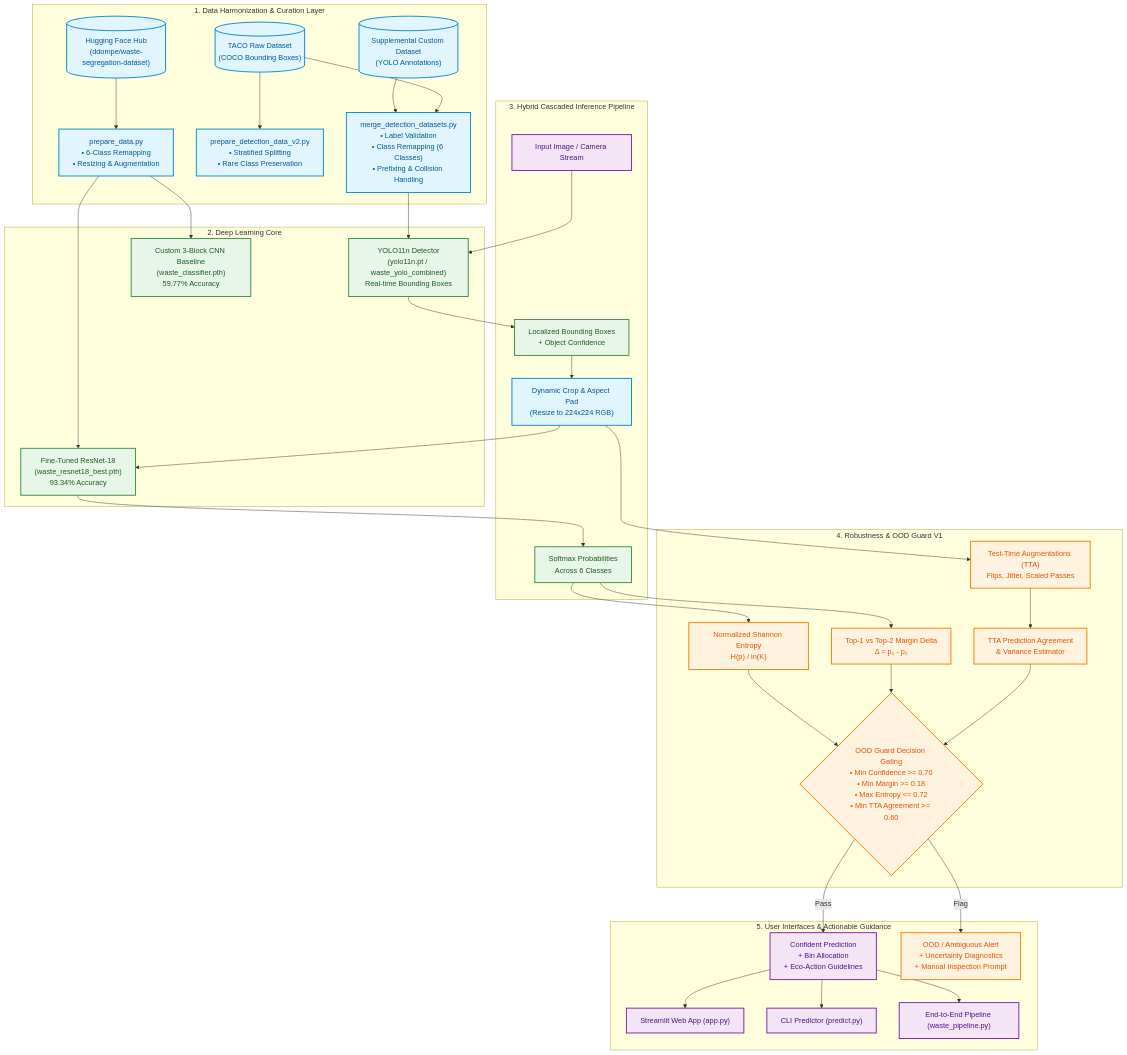
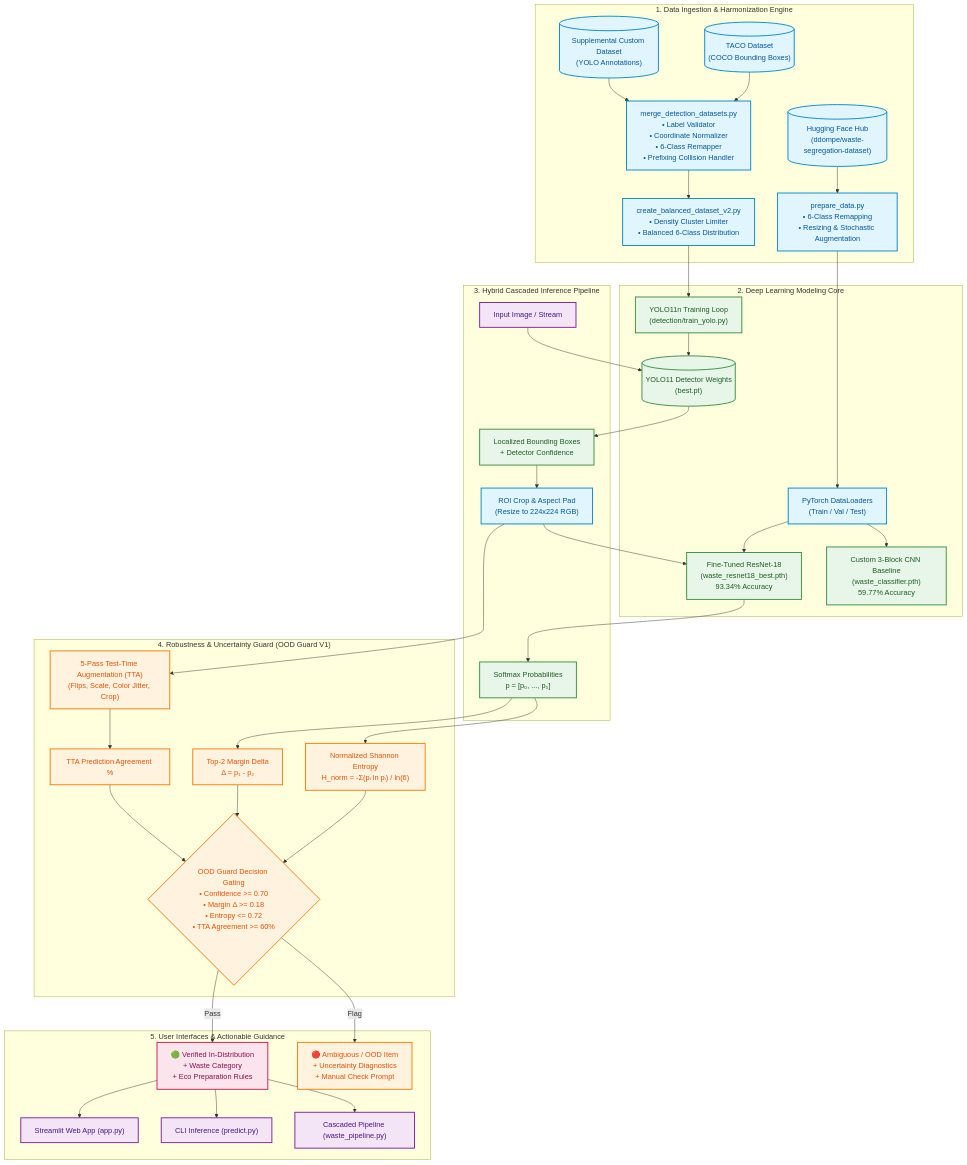
Before and after one commit to Snigdha-0210/Smart_Waste_Classifier: the first of 3 diagrams in ARCHITECTURE.md, drawn with Mermaid. The commit also changed other lines of this file and 22 other files, not shown here.

Commit message:
docs: overhaul README and ARCHITECTURE with Mermaid diagrams, visual asset showcase, and benchmark tables

````diff
--- a/ARCHITECTURE.md
+++ b/ARCHITECTURE.md
@@ -37,60 +54,61 @@
 ```mermaid
 flowchart TD
-    %% Global Styling
+    %% Styling definitions
     classDef data fill:#e1f5fe,stroke:#0288d1,stroke-width:2px,color:#01579b;
     classDef model fill:#e8f5e9,stroke:#388e3c,stroke-width:2px,color:#1b5e20;
     classDef guard fill:#fff3e0,stroke:#f57c00,stroke-width:2px,color:#e65100;
     classDef ui fill:#f3e5f5,stroke:#7b1fa2,stroke-width:2px,color:#4a148c;
+    classDef eval fill:#fce4ec,stroke:#c2185b,stroke-width:2px,color:#880e4f;
 
-    subgraph DataEngine["1. Data Harmonization & Curation Layer"]
+    subgraph Layer1["1. Data Ingestion & Harmonization Engine"]
         HF[("Hugging Face Hub\n(ddompe/waste-segregation-dataset)")]:::data
-        TACO[("TACO Raw Dataset\n(COCO Bounding Boxes)")]:::data
+        TACO[("TACO Dataset\n(COCO Bounding Boxes)")]:::data
         SUPP[("Supplemental Custom Dataset\n(YOLO Annotations)")]:::data
         
-        Merge["merge_detection_datasets.py\n• Label Validation\n• Class Remapping (6 Classes)\n• Prefixing & Collision Handling"]:::data
-        Stratify["prepare_detection_data_v2.py\n• Stratified Splitting\n• Rare Class Preservation"]:::data
+        Merge["merge_detection_datasets.py\n• Label Validator\n• Coordinate Normalizer\n• 6-Class Remapper\n• Prefixing Collision Handler"]:::data
+        BalancedV2["create_balanced_dataset_v2.py\n• Density Cluster Limiter\n• Balanced 6-Class Distribution"]:::data
+        PrepClf["prepare_data.py\n• 6-Class Remapping\n• Resizing & Stochastic Augmentation"]:::data
         
-        TACO --> Stratify
+        HF --> PrepClf
+        TACO --> Merge
         SUPP --> Merge
-        TACO --> Merge
-        HF --> DataPrep["prepare_data.py\n• 6-Class Remapping\n• Resizing & Augmentation"]:::data
+        Merge --> BalancedV2
     end
 
-    subgraph CoreModels["2. Deep Learning Core"]
-        ResNet["Fine-Tuned ResNet-18\n(waste_resnet18_best.pth)\n93.34% Accuracy"]:::model
-        YOLO["YOLO11n Detector\n(yolo11n.pt / waste_yolo_combined)\nReal-time Bounding Boxes"]:::model
-        BaseCNN["Custom 3-Block CNN Baseline\n(waste_classifier.pth)\n59.77% Accuracy"]:::model
+    subgraph Layer2["2. Deep Learning Modeling Core"]
+        PrepClf --> Loaders["PyTorch DataLoaders\n(Train / Val / Test)"]:::data
+        Loaders --> ResNet["Fine-Tuned ResNet-18\n(waste_resnet18_best.pth)\n93.34% Accuracy"]:::model
+        Loaders --> BaseCNN["Custom 3-Block CNN Baseline\n(waste_classifier.pth)\n59.77% Accuracy"]:::model
         
-        DataPrep --> ResNet
-        DataPrep --> BaseCNN
-        Merge --> YOLO
+        BalancedV2 --> YOLOTrain["YOLO11n Training Loop\n(detection/train_yolo.py)"]:::model
+        YOLOTrain --> YOLOBest[("YOLO11 Detector Weights\n(best.pt)")]:::model
     end
 
-    subgraph InferenceCascade["3. Hybrid Cascaded Inference Pipeline"]
-        InputImg["Input Image / Camera Stream"]:::ui --> YOLO
-        YOLO --> BBoxes["Localized Bounding Boxes\n+ Object Confidence"]:::model
-        BBoxes --> Cropper["Dynamic Crop & Aspect Pad\n(Resize to 224x224 RGB)"]:::data
+    subgraph Layer3["3. Hybrid Cascaded Inference Pipeline"]
+        InputImg["Input Image / Stream"]:::ui --> YOLOBest
+        YOLOBest --> BBoxes["Localized Bounding Boxes\n+ Detector Confidence"]:::model
+        BBoxes --> Cropper["ROI Crop & Aspect Pad\n(Resize to 224x224 RGB)"]:::data
         Cropper --> ResNet
-        ResNet --> Softmax["Softmax Probabilities\nAcross 6 Classes"]:::model
+        ResNet --> Softmax["Softmax Probabilities\np = [p₀, ..., p₅]"]:::model
     end
 
-    subgraph UncertaintyLayer["4. Robustness & OOD Guard V1"]
-        Softmax --> Entropy["Normalized Shannon Entropy\nH(p) / ln(K)"]:::guard
-        Softmax --> Margin["Top-1 vs Top-2 Margin Delta\nΔ = p₁ - p₂"]:::guard
-        Cropper --> TTA["Test-Time Augmentations (TTA)\nFlips, Jitter, Scaled Passes"]:::guard
-        TTA --> TTAVar["TTA Prediction Agreement\n& Variance Estimator"]:::guard
+    subgraph Layer4["4. Robustness & Uncertainty Guard (OOD Guard V1)"]
+        Softmax --> Entropy["Normalized Shannon Entropy\nH_norm = -Σ(pᵢ ln pᵢ) / ln(6)"]:::guard
+        Softmax --> Margin["Top-2 Margin Delta\nΔ = p₁ - p₂"]:::guard
+        Cropper --> TTA["5-Pass Test-Time Augmentation (TTA)\n(Flips, Scale, Color Jitter, Crop)"]:::guard
+        TTA --> TTAVar["TTA Prediction Agreement %"]:::guard
         
-        Entropy --> Gate{"OOD Guard Decision Gating\n• Min Confidence >= 0.70\n• Min Margin >= 0.18\n• Max Entropy <= 0.72\n• Min TTA Agreement >= 0.60"}:::guard
+        Entropy --> Gate{"OOD Guard Decision Gating\n• Confidence >= 0.70\n• Margin Δ >= 0.18\n• Entropy <= 0.72\n• TTA Agreement >= 60%"}:::guard
         Margin --> Gate
         TTAVar --> Gate
     end
 
-    subgraph Delivery["5. User Interfaces & Actionable Guidance"]
-        Gate -- "Pass" --> Verified["Confident Prediction\n+ Bin Allocation\n+ Eco-Action Guidelines"]:::ui
-        Gate -- "Flag" --> OODWarning["OOD / Ambiguous Alert\n+ Uncertainty Diagnostics\n+ Manual Inspection Prompt"]:::guard
+    subgraph Layer5["5. User Interfaces & Actionable Guidance"]
+        Gate -- "Pass" --> Verified["🟢 Verified In-Distribution\n+ Waste Category\n+ Eco Preparation Rules"]:::eval
+        Gate -- "Flag" --> Flagged["🔴 Ambiguous / OOD Item\n+ Uncertainty Diagnostics\n+ Manual Check Prompt"]:::guard
         
-        Verified --> Dashboard["Streamlit Web App (app.py)"]:::ui
-        Verified --> CLI["CLI Predictor (predict.py)"]:::ui
-        Verified --> MultiPipeline["End-to-End Pipeline (waste_pipeline.py)"]:::ui
+        Verified --> StreamlitUI["Streamlit Web App (app.py)"]:::ui
+        Verified --> CLIPipe["CLI Inference (predict.py)"]:::ui
+        Verified --> DualPipe["Cascaded Pipeline (waste_pipeline.py)"]:::ui
     end
 ```
````
